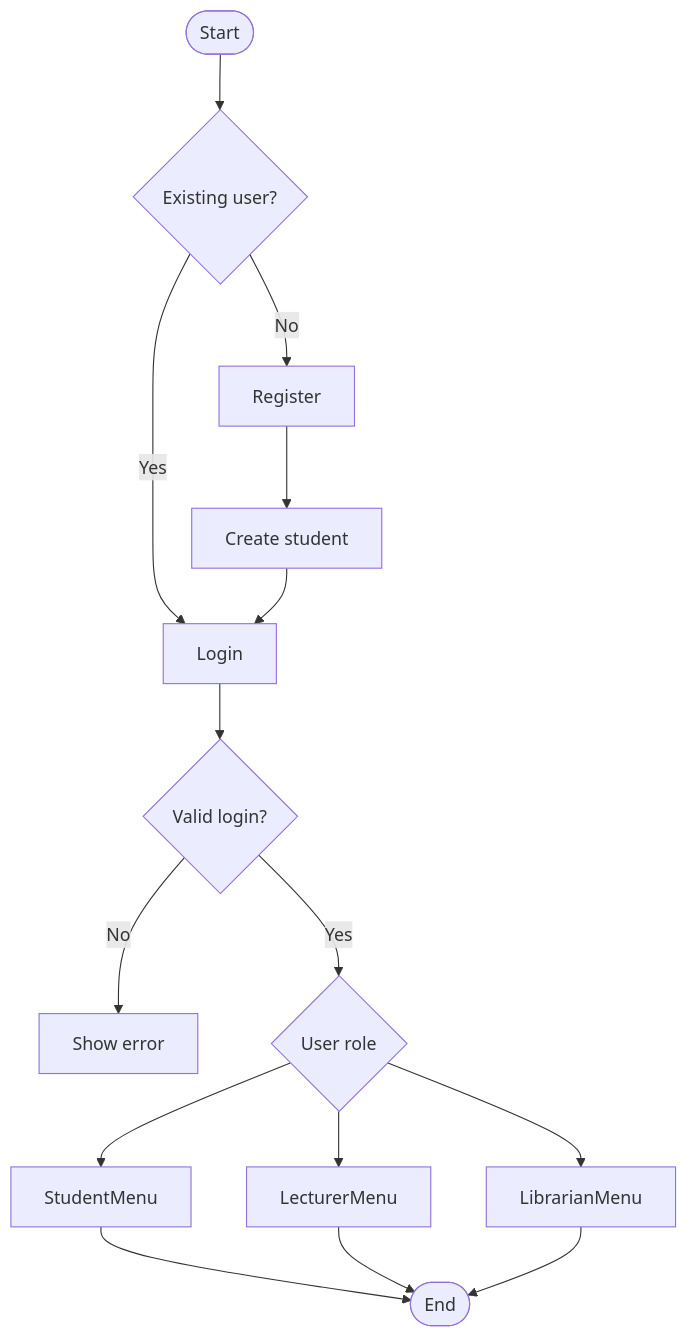
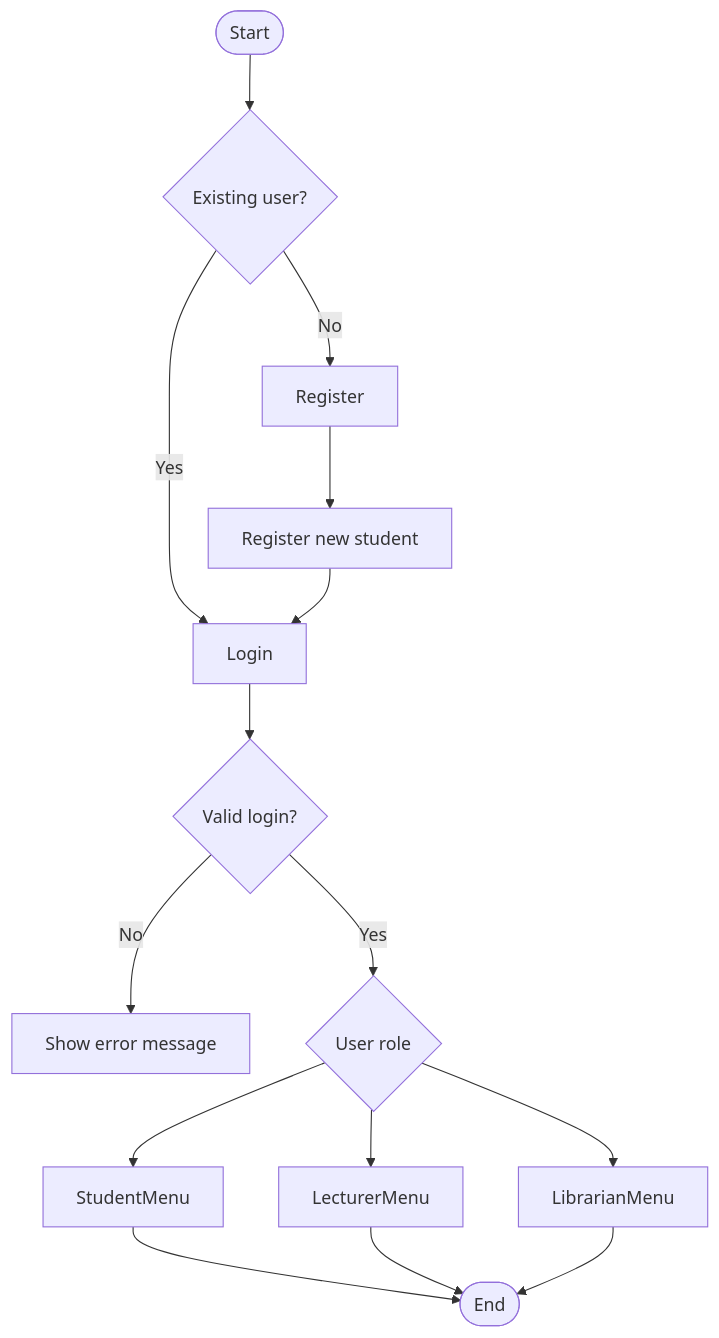
One commit to jaimemontanares/Uni-system changed the fifth of 5 diagrams in README.md. Above: the diagram before and after it, drawn with Mermaid. The commit also changed other lines of this file, not shown here.

First line of the commit message:
docs: comprehensive rewrite of README with diagrams and testing info

````diff
--- a/README.md
+++ b/README.md
@@ -141,22 +142,22 @@
 ```mermaid
 flowchart TD
     Start([Start]) --> Choice{Existing user?}
 
     Choice -->|Yes| Login
     Choice -->|No| Register
 
     Login --> Valid{Valid login?}
-    Valid -->|No| Error[Show error]
+    Valid -->|No| Error[Show error message]
     Valid -->|Yes| Role{User role}
 
-    Register --> CreateUser[Create student]
+    Register --> CreateUser[Register new student]
     CreateUser --> Login
 
     Role --> StudentMenu
     Role --> LecturerMenu
     Role --> LibrarianMenu
 
     StudentMenu --> End([End])
     LecturerMenu --> End
     LibrarianMenu --> End
 ```
````
